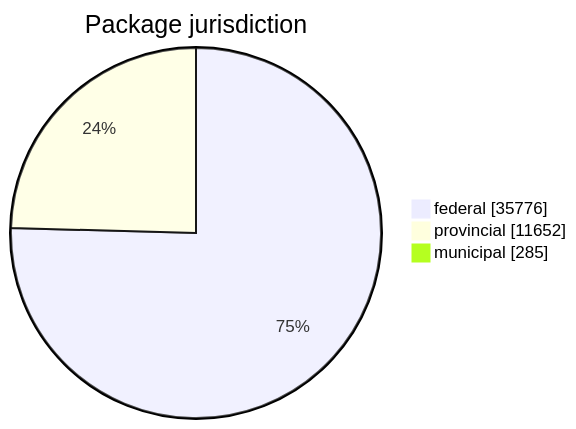
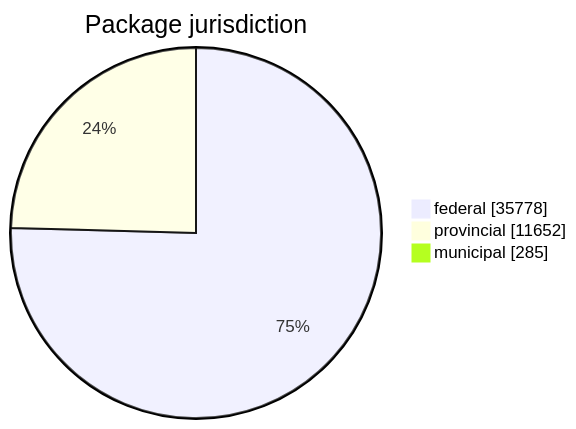
Before and after one commit to open-data/analytics-corporate-reporting: the first of 5 diagrams in FreshCheck/README.md, drawn with Mermaid. The commit also changed other lines of this file and 3 other files, not shown here.

````diff
--- a/FreshCheck/README.md
+++ b/FreshCheck/README.md
@@ -60,6 +60,6 @@
 ```mermaid
 pie showData title Package jurisdiction
-    "federal": 35776
+    "federal": 35778
     "provincial": 11652
     "municipal": 285
 ```
````
